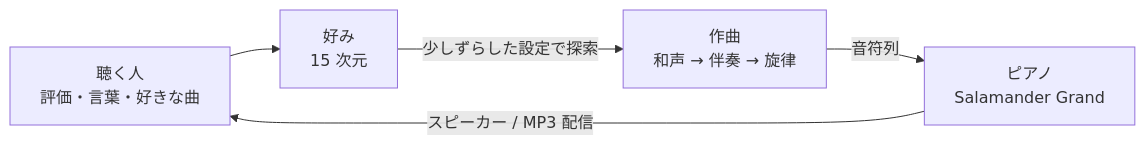
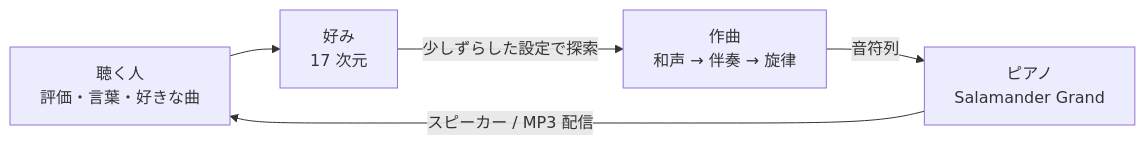
One commit to oyako-li/piano-improv changed the diagram in README.md. Above: the diagram before and after it, drawn with Mermaid. The commit also changed other lines of this file and 30 other files, not shown here.

````diff
--- a/README.md
+++ b/README.md
@@ -82,7 +89,7 @@
 ```mermaid
 flowchart LR
-    U["聴く人<br/>評価・言葉・好きな曲"] --> TA["好み<br/>15 次元"]
+    U["聴く人<br/>評価・言葉・好きな曲"] --> TA["好み<br/>17 次元"]
     TA -- "少しずらした設定で探索" --> CO["作曲<br/>和声 → 伴奏 → 旋律"]
     CO -- "音符列" --> A["ピアノ<br/>Salamander Grand"]
     A -- "スピーカー / MP3 配信" --> U
 ```
````
